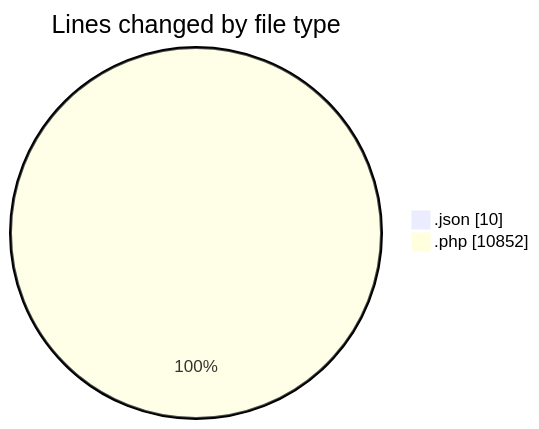
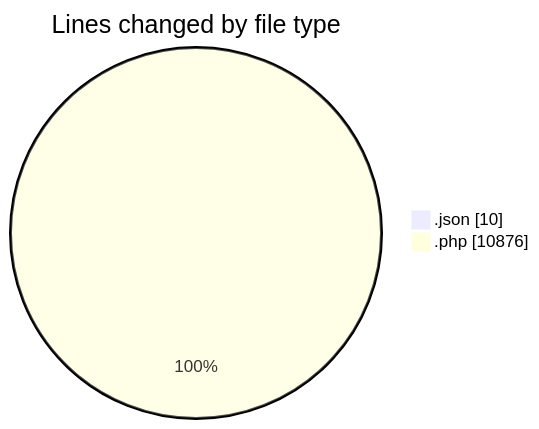
The first of 2 diagrams in 2025-10-16/untitled__workspace_/README.md (debugP/code-tracking), drawn with Mermaid before and after one commit. The commit also changed other lines of this file and 1 other file, not shown here.

````diff
--- a/2025-10-16/untitled__workspace_/README.md
+++ b/2025-10-16/untitled__workspace_/README.md
@@ -23,6 +23,6 @@
 ```mermaid
 pie showData
 title Lines changed by file type
 ".json" : 10
-".php" : 10852
+".php" : 10876
 ```
````
